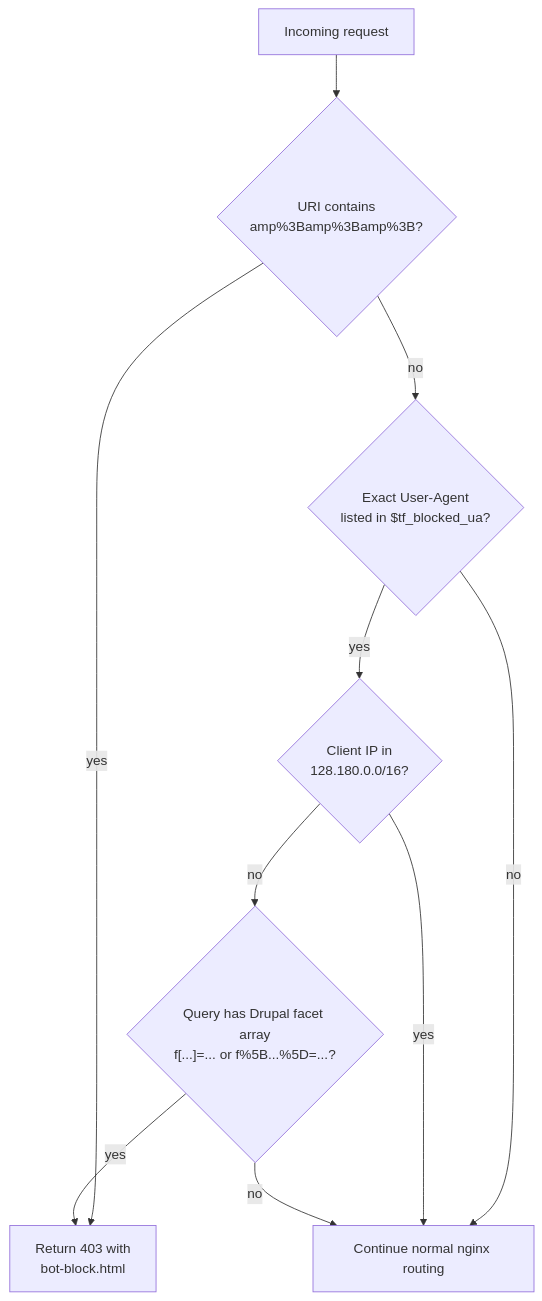
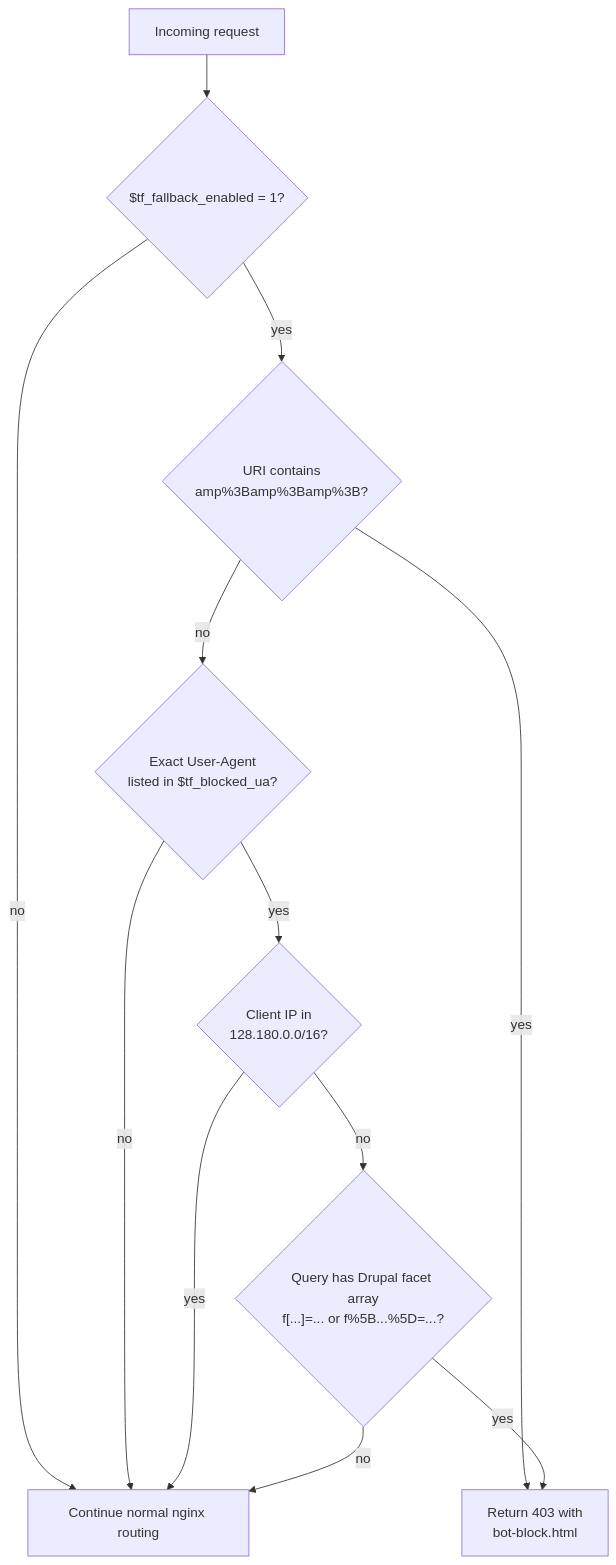
Before and after one commit to lehigh-university-libraries/isle-preserve: the fourth of 4 diagrams in README.md, drawn with Mermaid. The commit also changed other lines of this file and 2 other files, not shown here.

Commit message:
bots have gone away

````diff
--- a/README.md
+++ b/README.md
@@ -254,20 +254,23 @@
 ```mermaid
 flowchart TD
     request["Incoming request"]
+    enabled{"$tf_fallback_enabled = 1?"}
     encoded_amp{"URI contains<br>amp%3Bamp%3Bamp%3B?"}
     ua_match{"Exact User-Agent<br>listed in $tf_blocked_ua?"}
     lehigh_ip{"Client IP in<br>128.180.0.0/16?"}
     facet_param{"Query has Drupal facet array<br>f[...]=... or f%5B...%5D=...?"}
     block["Return 403 with<br>bot-block.html"]
     allow["Continue normal nginx routing"]
 
-    request --> encoded_amp
+    request --> enabled
+    enabled -- no --> allow
+    enabled -- yes --> encoded_amp
     encoded_amp -- yes --> block
     encoded_amp -- no --> ua_match
     ua_match -- no --> allow
     ua_match -- yes --> lehigh_ip
     lehigh_ip -- yes --> allow
     lehigh_ip -- no --> facet_param
     facet_param -- yes --> block
     facet_param -- no --> allow
 ```
````
